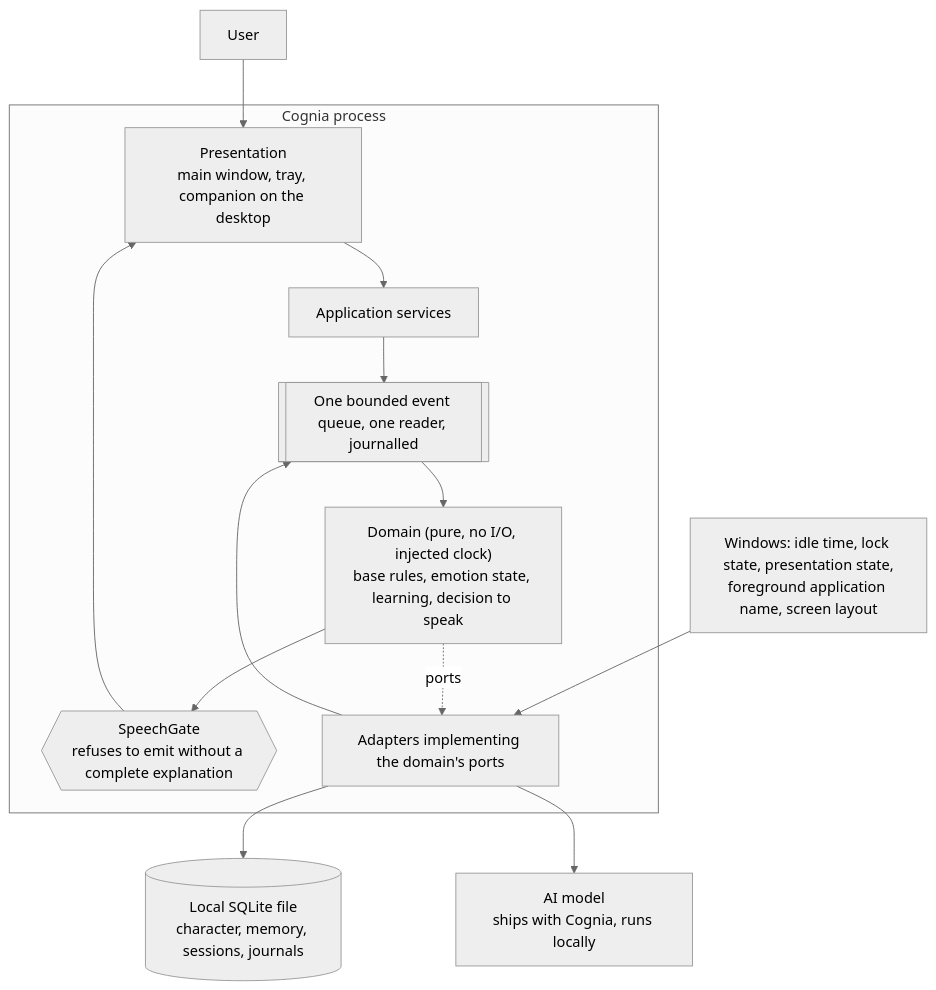
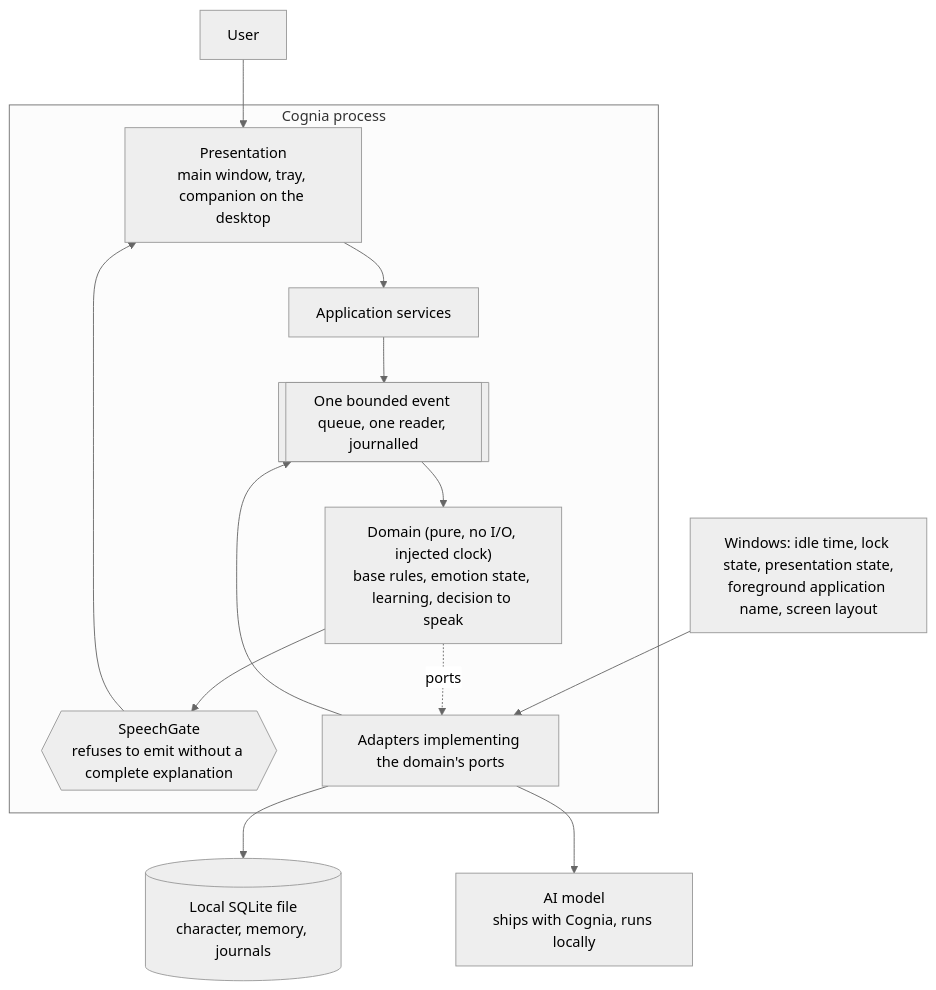
The diagram in README.md (NguyenVu04/cognia), drawn with Mermaid (neutral theme) before and after one commit. The commit also changed other lines of this file and 83 other files, not shown here.

````diff
--- a/README.md
+++ b/README.md
@@ -198,29 +200,29 @@
 ```mermaid
 flowchart TB
     user["User"]
     win["Windows: idle time, lock state, presentation state,<br/>foreground application name, screen layout"]
 
     subgraph app["Cognia process"]
         ui["Presentation<br/>main window, tray, companion on the desktop"]
         svc["Application services"]
         queue[["One bounded event queue, one reader, journalled"]]
         domain["Domain (pure, no I/O, injected clock)<br/>base rules, emotion state, learning, decision to speak"]
         gate{{"SpeechGate<br/>refuses to emit without a complete explanation"}}
         adapters["Adapters implementing the domain's ports"]
     end
 
-    store[("Local SQLite file<br/>character, memory, sessions, journals")]
+    store[("Local SQLite file<br/>character, memory, journals")]
     model["AI model<br/>ships with Cognia, runs locally"]
 
     user --> ui
     win --> adapters
     ui --> svc
     svc --> queue
     adapters --> queue
     queue --> domain
     domain --> gate
     gate --> ui
     domain -.->|ports| adapters
     adapters --> store
     adapters --> model
 ```
````
